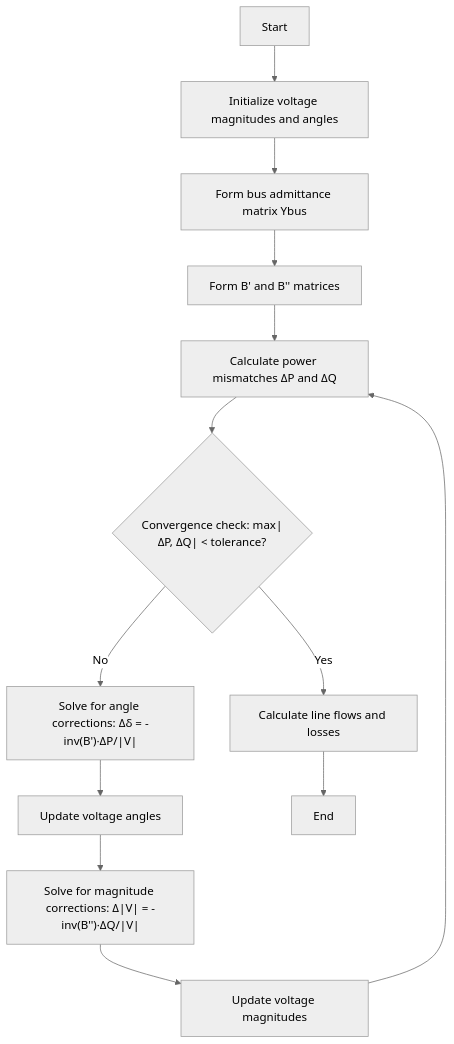
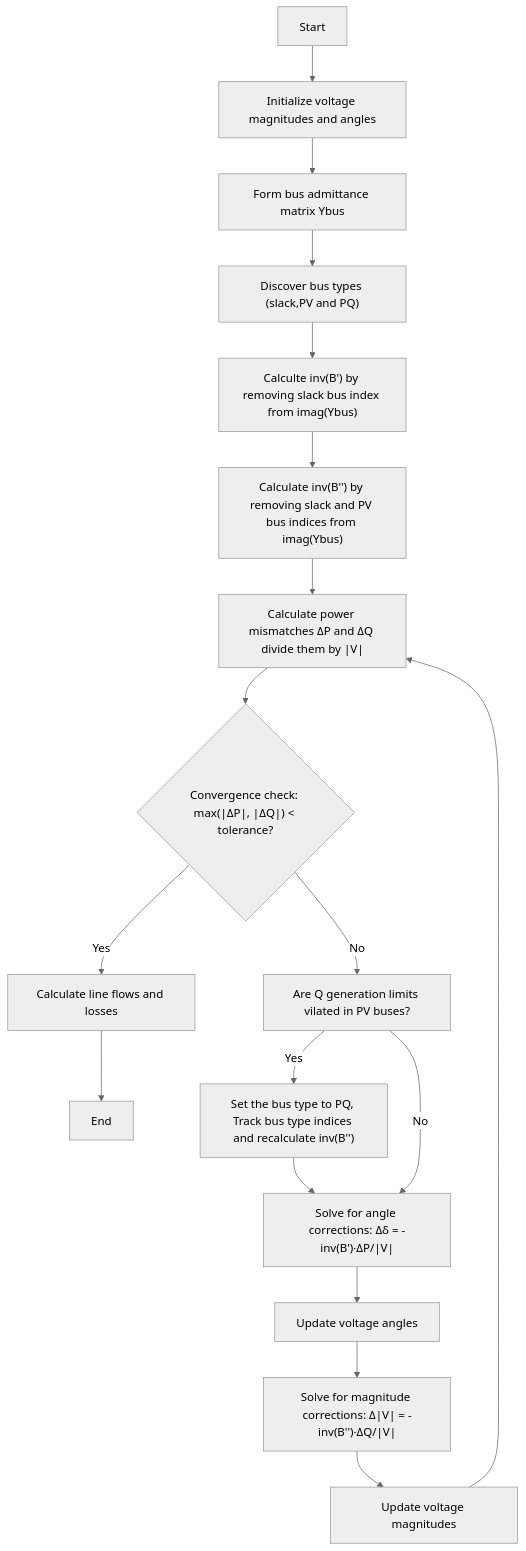
Before and after one commit to AmirHB98/power-system-analysis: the diagram in docs/fast_decoupled.md, drawn with Mermaid (neutral theme). The commit also changed other lines of this file and 2 other files, not shown here.

First line of the commit message:
Updated flowchart and equations in fast_decoupled document.

````diff
--- a/docs/fast_decoupled.md
+++ b/docs/fast_decoupled.md
@@ -36,15 +31,20 @@
 ```mermaid
 flowchart TD
     A[Start] --> B[Initialize voltage magnitudes and angles]
     B --> C[Form bus admittance matrix Ybus]
-    C --> D["Form B' and B'' matrices"]
-    D --> E[Calculate power mismatches ΔP and ΔQ]
-    E --> F{"Convergence check: max|ΔP, ΔQ| < tolerance?"}
-    F -->|Yes| G[Calculate line flows and losses]
-    F -->|No| H["Solve for angle corrections: Δδ = -inv(B')·ΔP/|V|"]
-    H --> I[Update voltage angles]
-    I --> J["Solve for magnitude corrections: Δ|V| = -inv(B'')·ΔQ/|V|"]
-    J --> K[Update voltage magnitudes]
-    K --> E
-    G --> L[End]
+    C --> D["Discover bus types (slack,PV and PQ)"]
+    D --> E["Calculte inv(B') by removing slack bus index from imag(Ybus)"]
+    E --> F["Calculate inv(B'') by removing slack and PV bus indices from imag(Ybus)"]
+    F --> G["Calculate power mismatches ΔP and ΔQ divide them by |V|"]
+    G --> H{"Convergence check: max(|ΔP|, |ΔQ|) < tolerance?"}
+    H --> |Yes| I[Calculate line flows and losses]
+    H --> |No| O[Are Q generation limits vilated in PV buses?]
+    O --> |Yes| P["Set the bus type to PQ, Track bus type indices and recalculate inv(B'')"]
+    O --> |No| J["Solve for angle corrections: Δδ = -inv(B')·ΔP/|V|"]
+    P --> J
+    J --> K[Update voltage angles]
+    K --> L["Solve for magnitude corrections: Δ|V| = -inv(B'')·ΔQ/|V|"]
+    L --> M[Update voltage magnitudes]
+    M --> G
+    I --> N[End]
 ```
````
